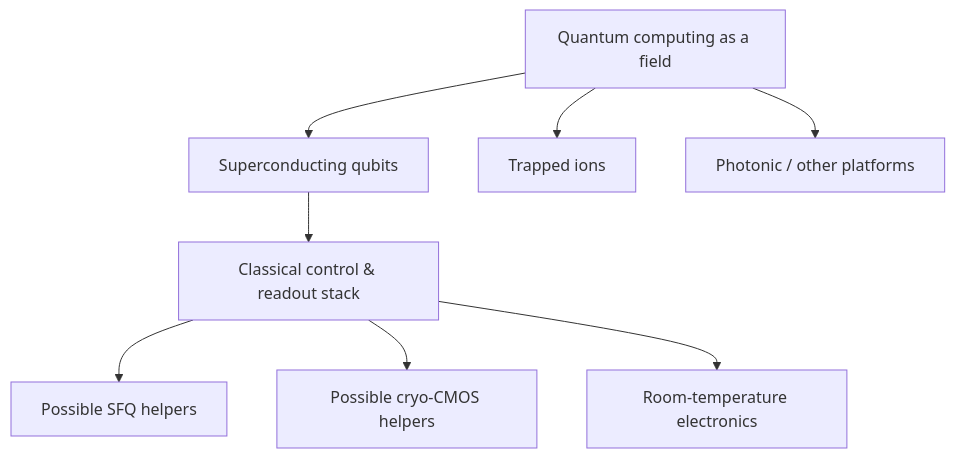
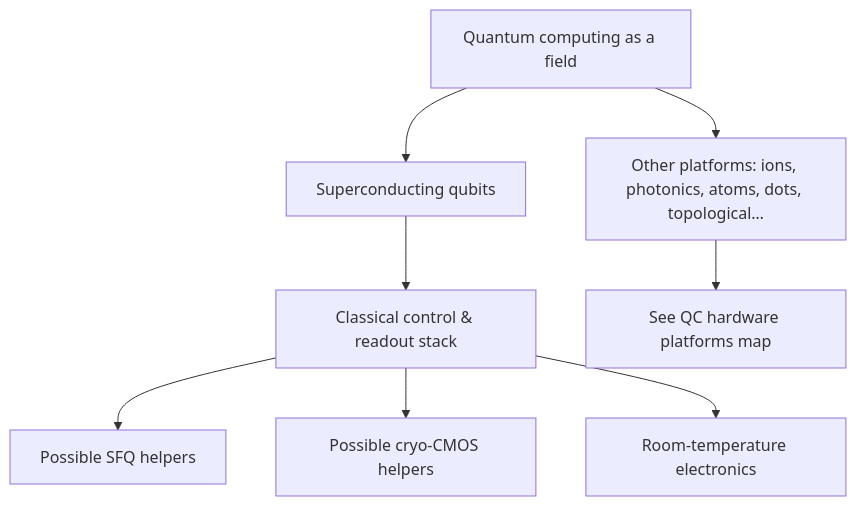
One commit to Single-Flux-Quantum/sfq-learn-public changed the diagram in docs/fundamentals/fields/superconducting-qubits-and-quantum-computing.md. Above: the diagram before and after it, drawn with Mermaid. The commit also changed other lines of this file and 8 other files, not shown here.

First line of the commit message:
Add QC hardware platforms orientation map.

````diff
--- a/docs/fundamentals/fields/superconducting-qubits-and-quantum-computing.md
+++ b/docs/fundamentals/fields/superconducting-qubits-and-quantum-computing.md
@@ -36,11 +36,11 @@
 ```mermaid
 flowchart TD
   QC[Quantum computing as a field]
   QC --> SC[Superconducting qubits]
-  QC --> Ion[Trapped ions]
-  QC --> Phot[Photonic / other platforms]
+  QC --> Other[Other platforms: ions, photonics, atoms, dots, topological…]
   SC --> Ctrl[Classical control & readout stack]
   Ctrl --> SFQh[Possible SFQ helpers]
   Ctrl --> CMOSh[Possible cryo-CMOS helpers]
   Ctrl --> RT[Room-temperature electronics]
+  Other --> Map[See QC hardware platforms map]
 ```
````
